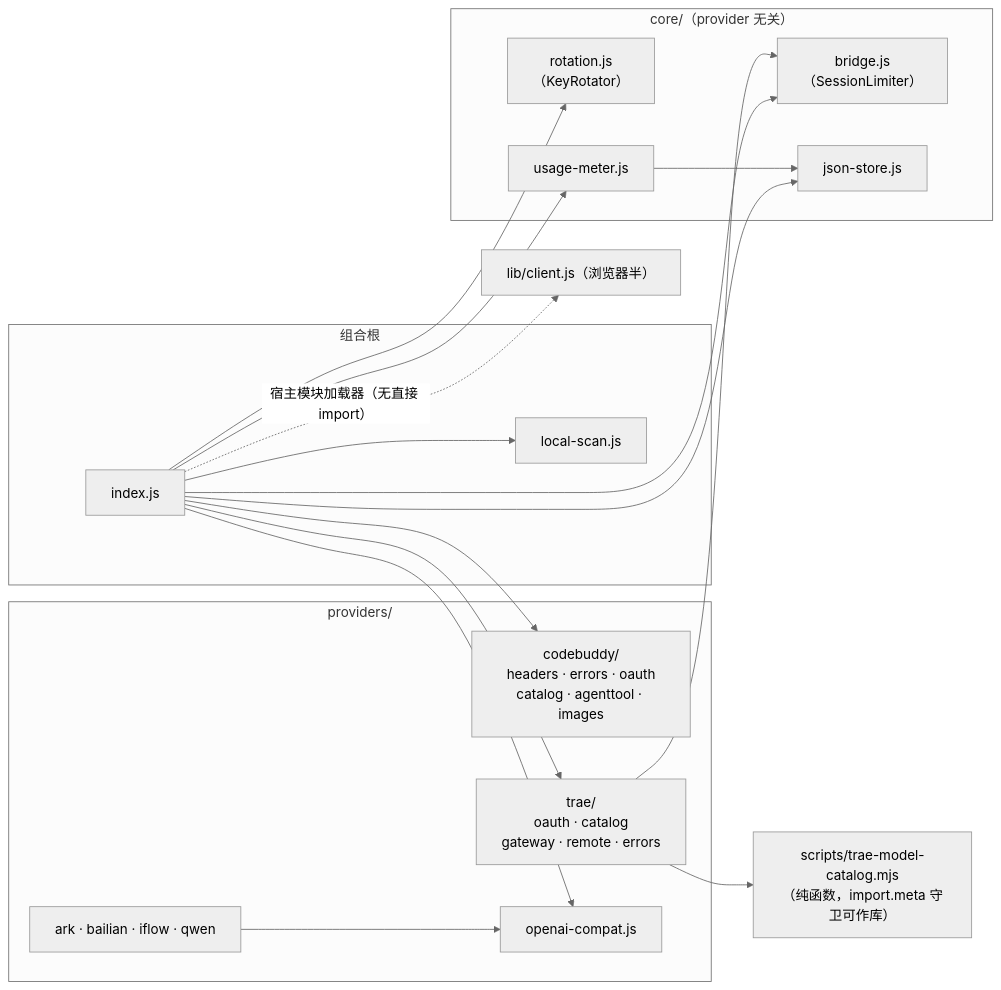
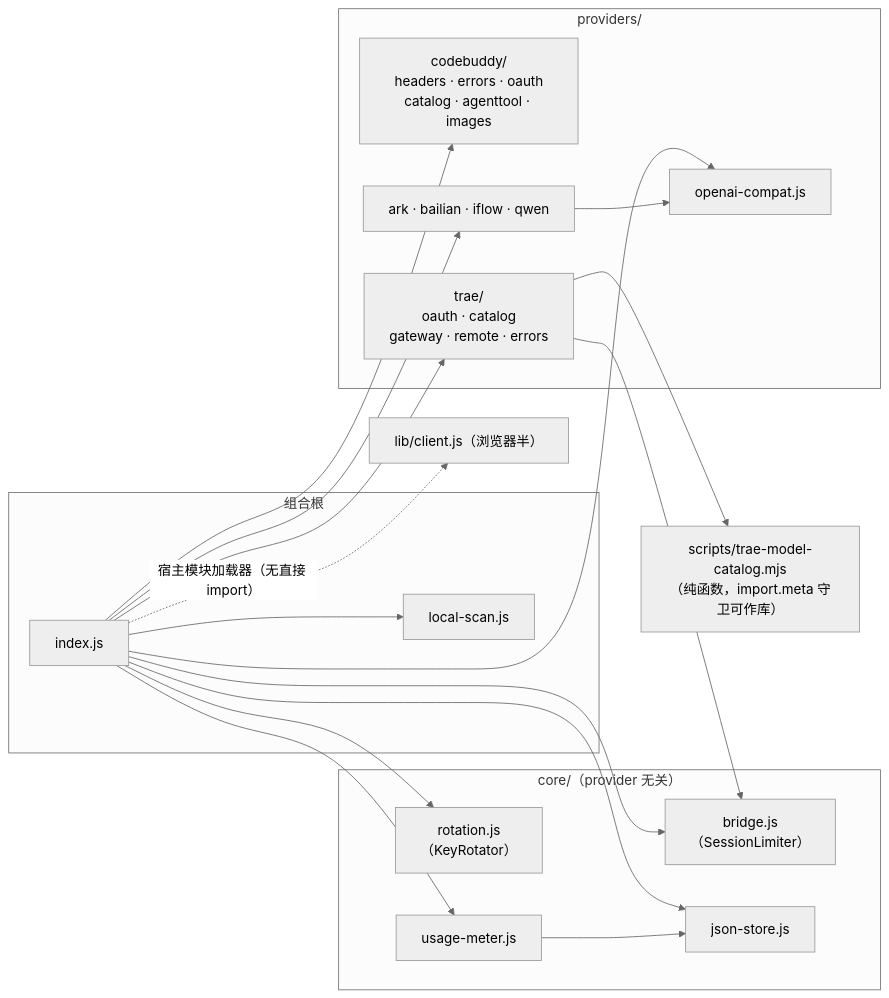
One commit to taikaikaikai-pixel/dsh-codebuddy-plugin changed the diagram in wiki/09-run-and-test.md. Above: the diagram before and after it, drawn with Mermaid (neutral theme). The commit also changed other lines of this file and 19 other files, not shown here.

````diff
--- a/wiki/09-run-and-test.md
+++ b/wiki/09-run-and-test.md
@@ -88,35 +88,36 @@
 ```mermaid
 flowchart LR
     subgraph ROOT["组合根"]
         INDEX["index.js"]
         LOCAL["local-scan.js"]
     end
     subgraph CORE["core/（provider 无关）"]
         BRIDGE["bridge.js<br/>（SessionLimiter）"]
         ROT["rotation.js<br/>（KeyRotator）"]
         METER["usage-meter.js"]
         JS["json-store.js"]
     end
     subgraph PROV["providers/"]
         CB["codebuddy/<br/>headers · errors · oauth<br/>catalog · agenttool · images"]
         TR["trae/<br/>oauth · catalog<br/>gateway · remote · errors"]
         OC["openai-compat.js"]
         PRE["ark · bailian · iflow · qwen"]
     end
     SCRIPT["scripts/trae-model-catalog.mjs<br/>（纯函数，import.meta 守卫可作库）"]
     CLIENT["lib/client.js（浏览器半）"]
 
     INDEX --> JS
     INDEX --> ROT
     INDEX --> METER
     INDEX --> BRIDGE
     INDEX --> CB
     INDEX --> TR
     INDEX --> OC
+    INDEX --> PRE
     INDEX --> LOCAL
     METER --> JS
     TR --> BRIDGE
     TR --> SCRIPT
     PRE --> OC
     INDEX -.->|"宿主模块加载器（无直接 import）"| CLIENT
 ```
````
